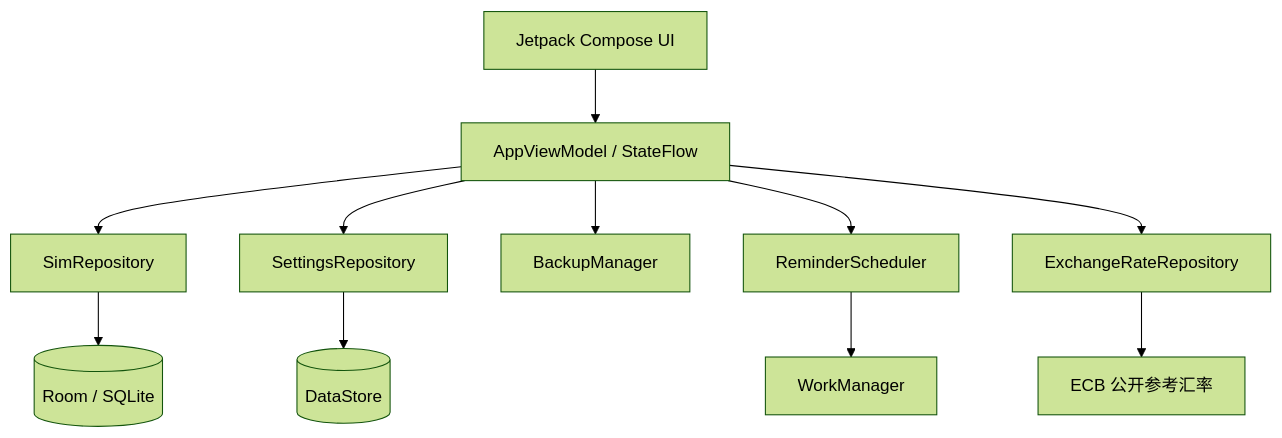
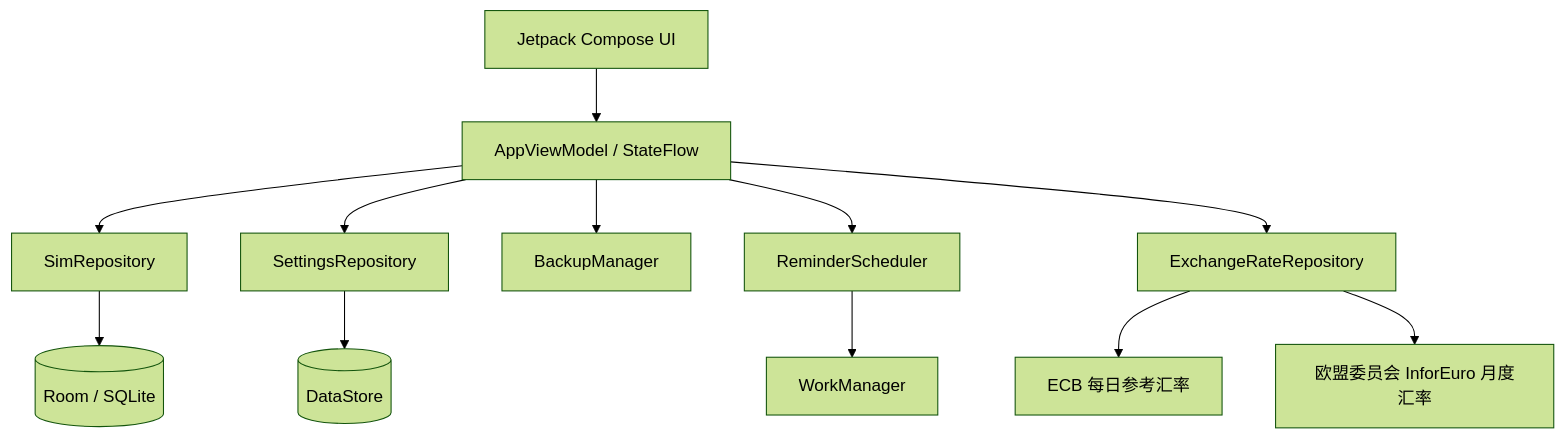
One commit to mibgb65-cloud/OmniSIM changed the diagram in README.md. Above: the diagram before and after it, drawn with Mermaid (forest theme). The commit also changed other lines of this file and 34 other files, not shown here.

````diff
--- a/README.md
+++ b/README.md
@@ -100,13 +100,14 @@
 ```mermaid
 flowchart TD
     UI[Jetpack Compose UI] --> VM[AppViewModel / StateFlow]
     VM --> SIM[SimRepository]
     VM --> SETTINGS[SettingsRepository]
     VM --> BACKUP[BackupManager]
     VM --> REMINDER[ReminderScheduler]
     SIM --> ROOM[(Room / SQLite)]
     SETTINGS --> DATASTORE[(DataStore)]
     REMINDER --> WORK[WorkManager]
     VM --> RATE[ExchangeRateRepository]
-    RATE --> ECB[ECB 公开参考汇率]
+    RATE --> ECB[ECB 每日参考汇率]
+    RATE --> EUFX[欧盟委员会 InforEuro 月度汇率]
 ```
````
